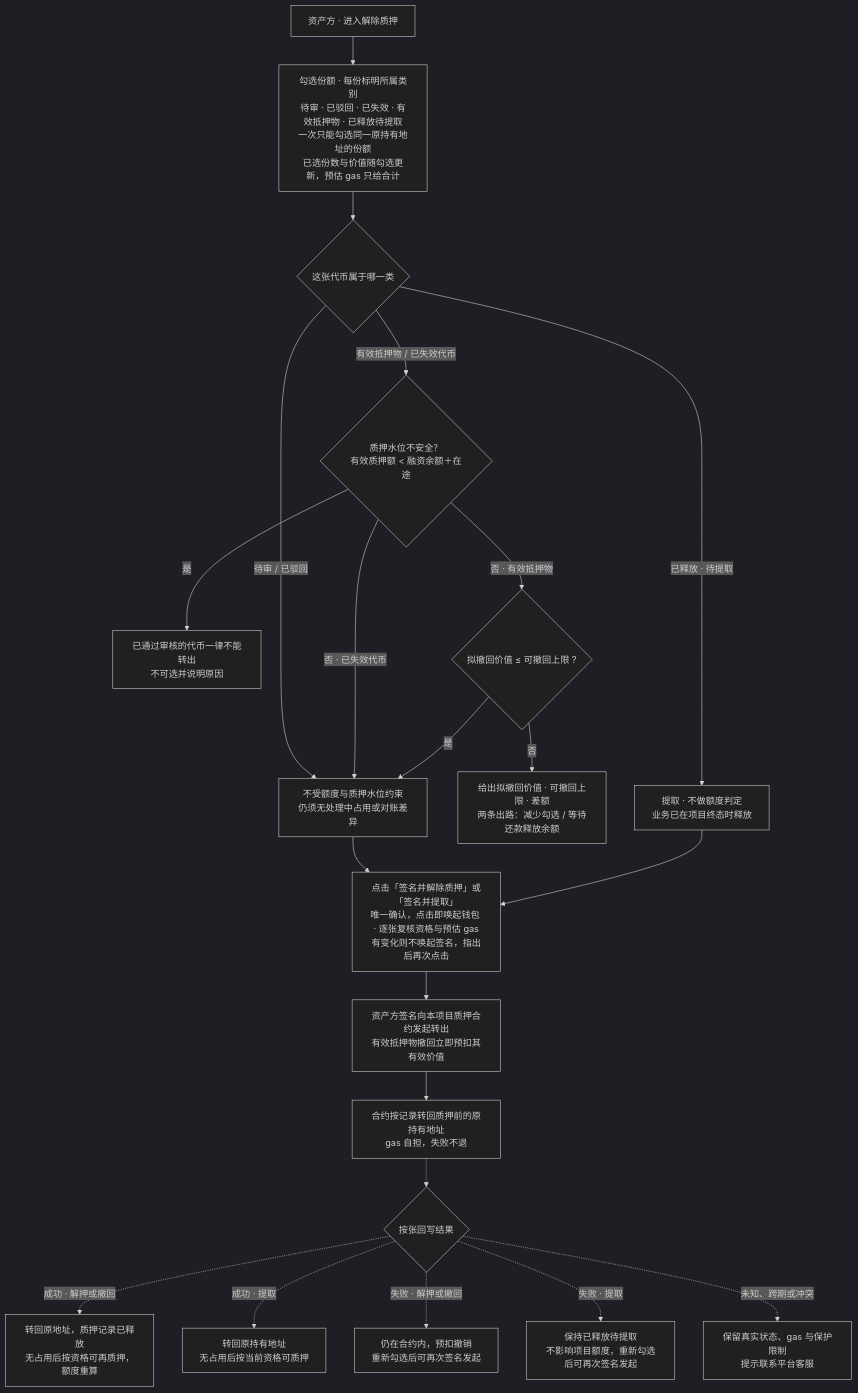
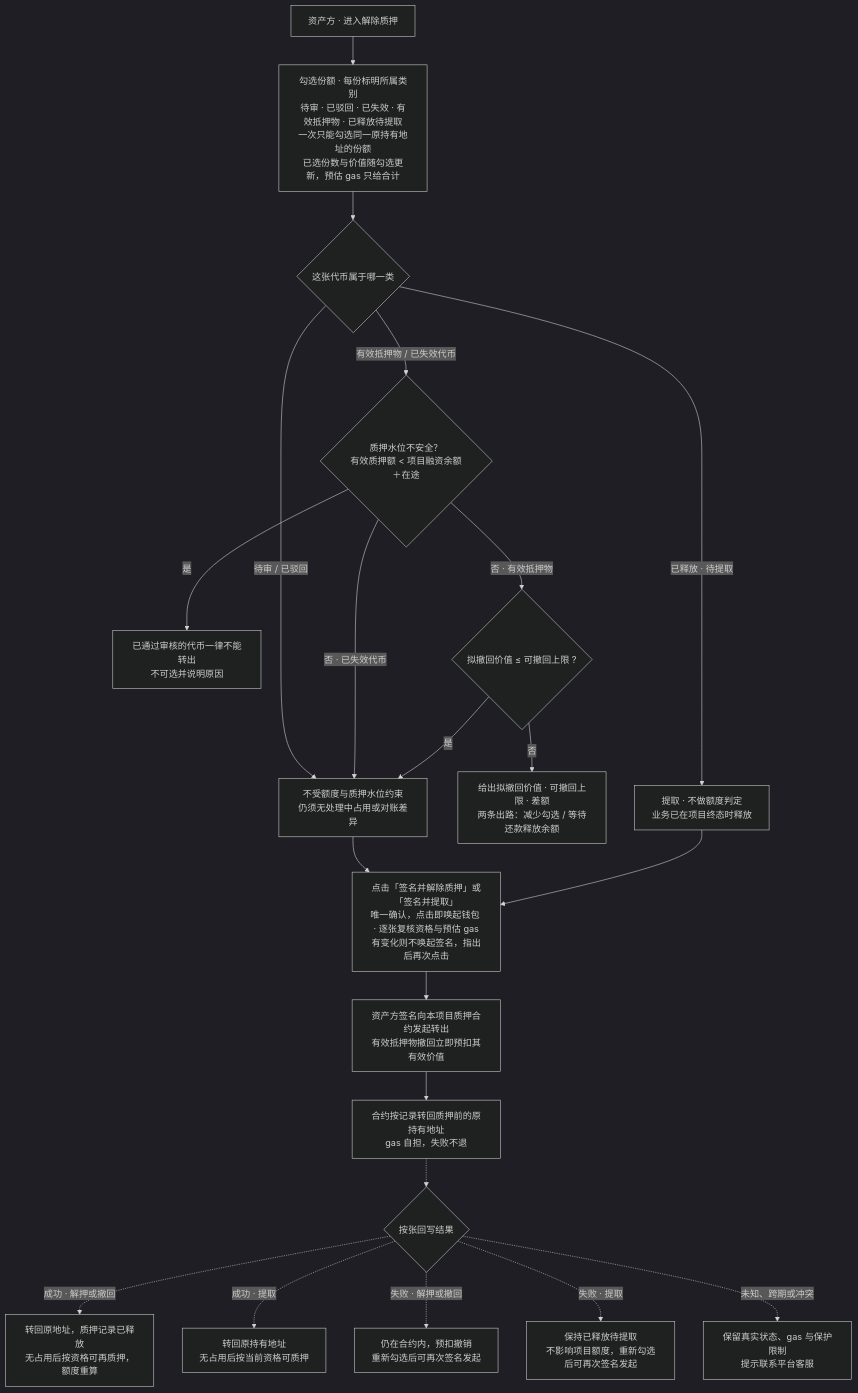
The third of 10 diagrams in lending-platform/PRD/面客端/05-借贷广场-融资需求与代币质押/02-融资需求与代币质押-流程图与状态机.md (wxblockchain/Chain-Financing), drawn with Mermaid (dark theme) before and after one commit. The commit also changed other lines of this file and 6 other files, not shown here.

````diff
--- a/lending-platform/PRD/面客端/05-借贷广场-融资需求与代币质押/02-融资需求与代币质押-流程图与状态机.md
+++ b/lending-platform/PRD/面客端/05-借贷广场-融资需求与代币质押/02-融资需求与代币质押-流程图与状态机.md
@@ -88,23 +89,23 @@
 ```mermaid
 flowchart TD
   A["资产方 · 进入解除质押"] --> B["勾选份额 · 每份标明所属类别<br/>待审 · 已驳回 · 已失效 · 有效抵押物 · 已释放待提取<br/>一次只能勾选同一原持有地址的份额<br/>已选份数与价值随勾选更新，预估 gas 只给合计"]
   B --> C{"这张代币属于哪一类"}
   C -- "待审 / 已驳回" --> D["不受额度与质押水位约束<br/>仍须无处理中占用或对账差异"]
-  C -- "有效抵押物 / 已失效代币" --> W{"质押水位不安全？<br/>有效质押额 < 融资余额＋在途"}
+  C -- "有效抵押物 / 已失效代币" --> W{"质押水位不安全？<br/>有效质押额 < 项目融资余额＋在途"}
   W -- "是" --> X["已通过审核的代币一律不能转出<br/>不可选并说明原因"]
   W -- "否 · 已失效代币" --> D
   W -- "否 · 有效抵押物" --> E{"拟撤回价值 ≤ 可撤回上限 ?"}
   E -- "否" --> F["给出拟撤回价值 · 可撤回上限 · 差额<br/>两条出路：减少勾选 / 等待还款释放余额"]
   E -- "是" --> D
   C -- "已释放 · 待提取" --> G["提取 · 不做额度判定<br/>业务已在项目终态时释放"]
   D --> CONF["点击「签名并解除质押」或「签名并提取」<br/>唯一确认，点击即唤起钱包 · 逐张复核资格与预估 gas<br/>有变化则不唤起签名，指出后再次点击"]
   G --> CONF
   CONF --> H["资产方签名向本项目质押合约发起转出<br/>有效抵押物撤回立即预扣其有效价值"]
   H --> I["合约按记录转回质押前的原持有地址<br/>gas 自担，失败不退"]
   I -.-> J{"按张回写结果"}
   J -. "成功 · 解押或撤回" .-> K["转回原地址，质押记录已释放<br/>无占用后按资格可再质押，额度重算"]
   J -. "成功 · 提取" .-> L["转回原持有地址<br/>无占用后按当前资格可质押"]
   J -. "失败 · 解押或撤回" .-> M["仍在合约内，预扣撤销<br/>重新勾选后可再次签名发起"]
   J -. "失败 · 提取" .-> N["保持已释放待提取<br/>不影响项目额度，重新勾选后可再次签名发起"]
   J -. "未知、跨期或冲突" .-> O["保留真实状态、gas 与保护限制<br/>提示联系平台客服"]
 ```
````
